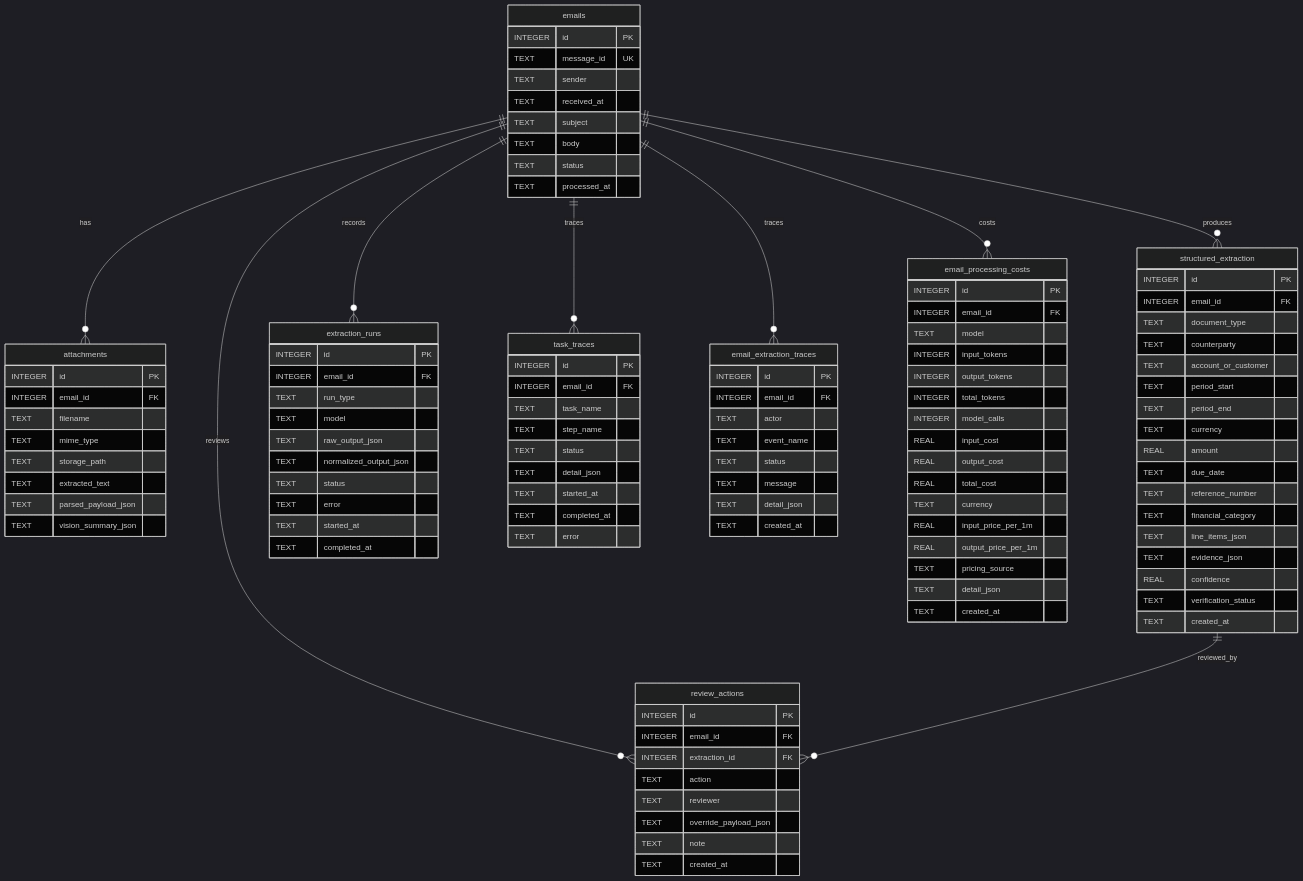
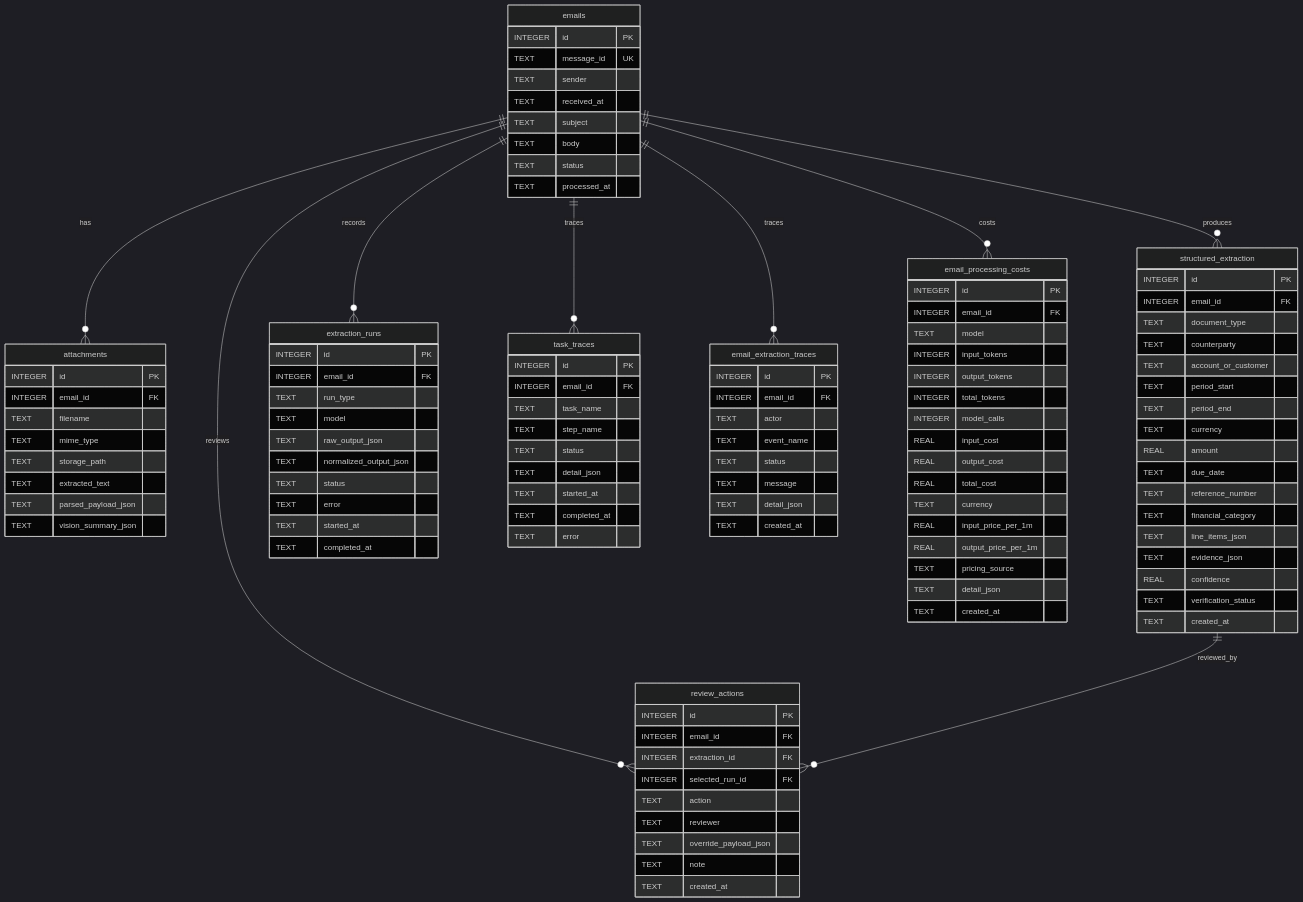
The tenth of 13 diagrams in README.md (gustavorubim/inbox-da), drawn with Mermaid (dark theme) before and after one commit. The commit also changed other lines of this file and 11 other files, not shown here.

First line of the commit message:
feat: implement append-only review audit flow, candidate selection & vision fix

```diff
--- a/README.md
+++ b/README.md
@@ -505,6 +510,7 @@
         INTEGER id PK
         INTEGER email_id FK
         INTEGER extraction_id FK
+        INTEGER selected_run_id FK
         TEXT action
         TEXT reviewer
         TEXT override_payload_json
```
